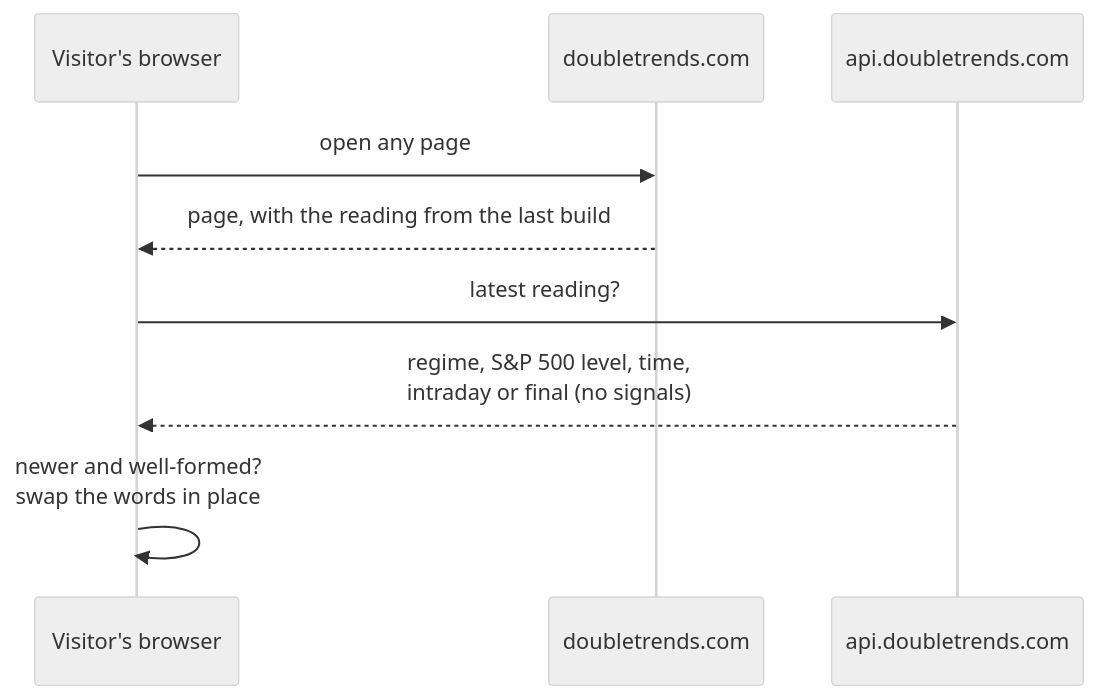
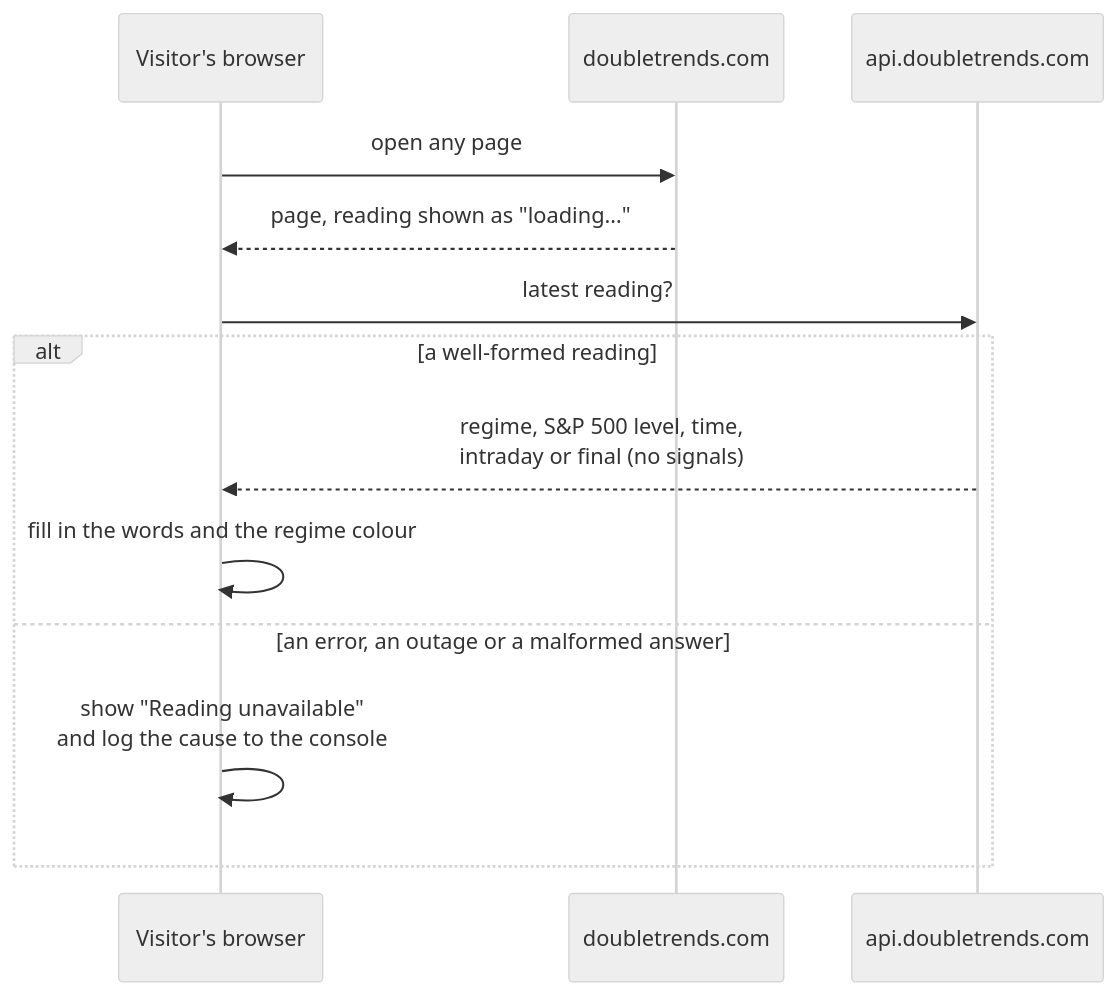
Before and after one commit to doubletrends/doubletrends-site: the third of 3 diagrams in README.md, drawn with Mermaid (neutral theme). The commit also changed other lines of this file and 6 other files, not shown here.

````diff
--- a/README.md
+++ b/README.md
@@ -90,12 +90,16 @@
 ```mermaid
 sequenceDiagram
   participant V as Visitor's browser
   participant S as doubletrends.com
   participant A as api.doubletrends.com
 
   V->>S: open any page
-  S-->>V: page, with the reading from the last build
+  S-->>V: page, reading shown as "loading…"
   V->>A: latest reading?
-  A-->>V: regime, S&P 500 level, time,<br/>intraday or final (no signals)
-  V->>V: newer and well-formed?<br/>swap the words in place
+  alt a well-formed reading
+    A-->>V: regime, S&P 500 level, time,<br/>intraday or final (no signals)
+    V->>V: fill in the words and the regime colour
+  else an error, an outage or a malformed answer
+    V->>V: show "Reading unavailable"<br/>and log the cause to the console
+  end
 ```
````
